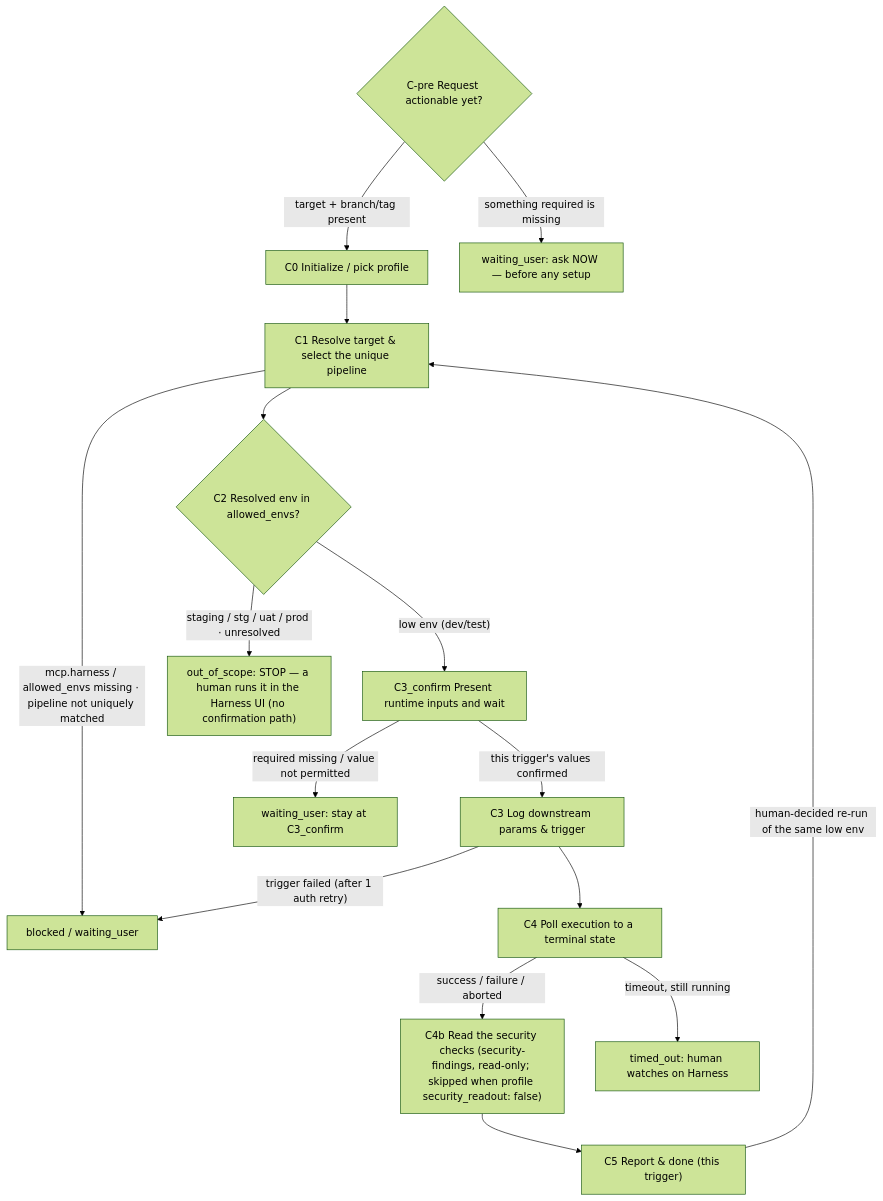
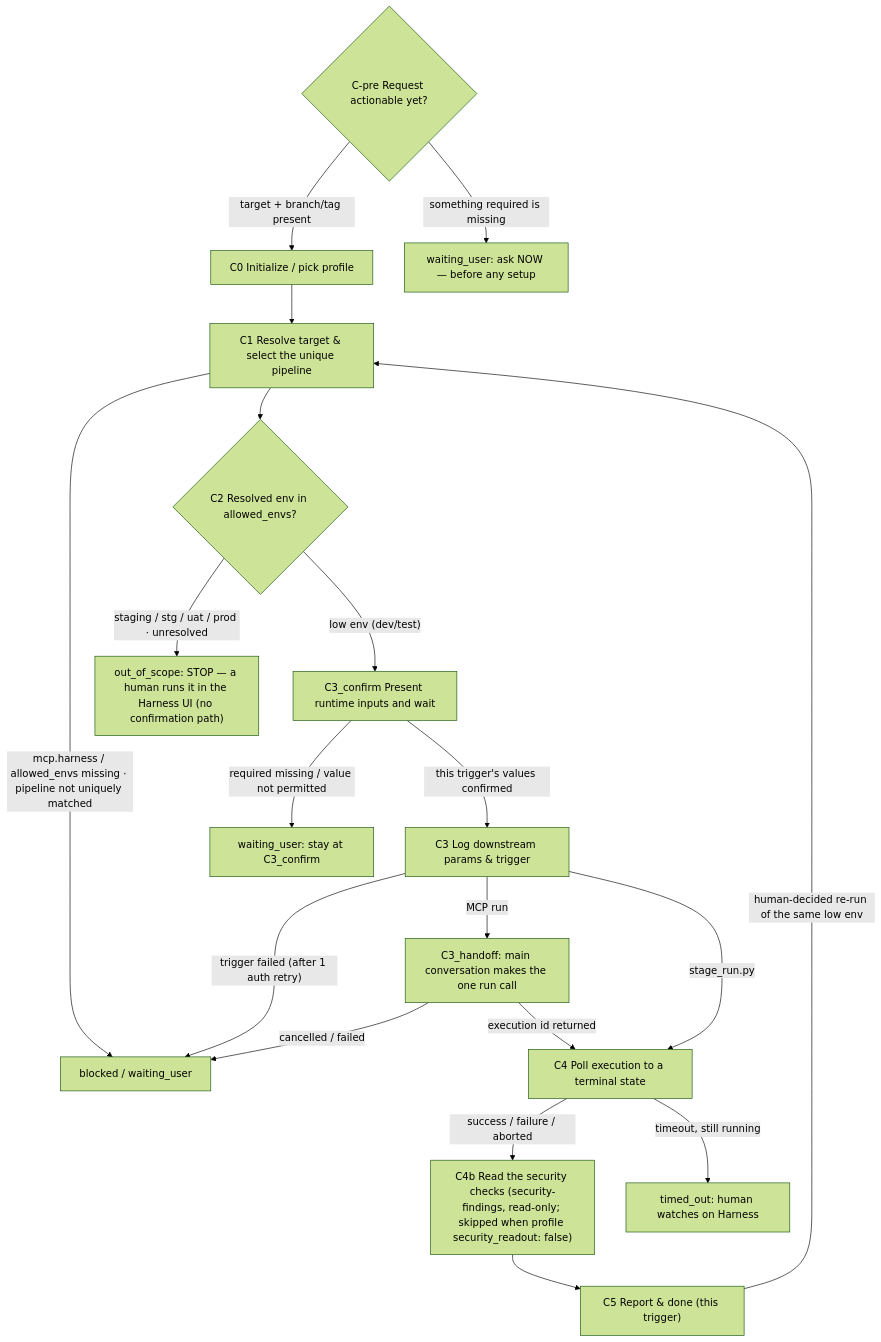
Before and after one commit to mjz-kevin/marriott: the diagram in .cursor/agents/cicd-agent.md, drawn with Mermaid (forest theme). The commit also changed other lines of this file and 9 other files, not shown here.

````diff
--- a/.cursor/agents/cicd-agent.md
+++ b/.cursor/agents/cicd-agent.md
@@ -332,18 +345,21 @@
 ```mermaid
 flowchart TD
     PRE{"C-pre Request actionable yet?"} -->|"target + branch/tag present"| C0["C0 Initialize / pick profile"]
     PRE -->|"something required is missing"| ASK["waiting_user: ask NOW — before any setup"]
     C0 --> C1["C1 Resolve target & select the unique pipeline"]
     C1 -->|"mcp.harness / allowed_envs missing · pipeline not uniquely matched"| B["blocked / waiting_user"]
     C1 --> C2{"C2 Resolved env in allowed_envs?"}
     C2 -->|"low env (dev/test)"| C3C["C3_confirm Present runtime inputs and wait"]
     C2 -->|"staging / stg / uat / prod · unresolved"| OOS["out_of_scope: STOP — a human runs it in the Harness UI (no confirmation path)"]
     C3C -->|"this trigger's values confirmed"| C3["C3 Log downstream params & trigger"]
     C3C -->|"required missing / value not permitted"| ASK2["waiting_user: stay at C3_confirm"]
     C3 -->|"trigger failed (after 1 auth retry)"| B
-    C3 --> C4["C4 Poll execution to a terminal state"]
+    C3 -->|"MCP run"| HO["C3_handoff: main conversation makes the one run call"]
+    HO -->|"execution id returned"| C4
+    HO -->|"cancelled / failed"| B
+    C3 -->|"stage_run.py"| C4["C4 Poll execution to a terminal state"]
     C4 -->|"success / failure / aborted"| C4B["C4b Read the security checks (security-findings, read-only; skipped when profile security_readout: false)"]
     C4B --> C5["C5 Report & done (this trigger)"]
     C4 -->|"timeout, still running"| TO["timed_out: human watches on Harness"]
     C5 -->|"human-decided re-run of the same low env"| C1
 ```
````
